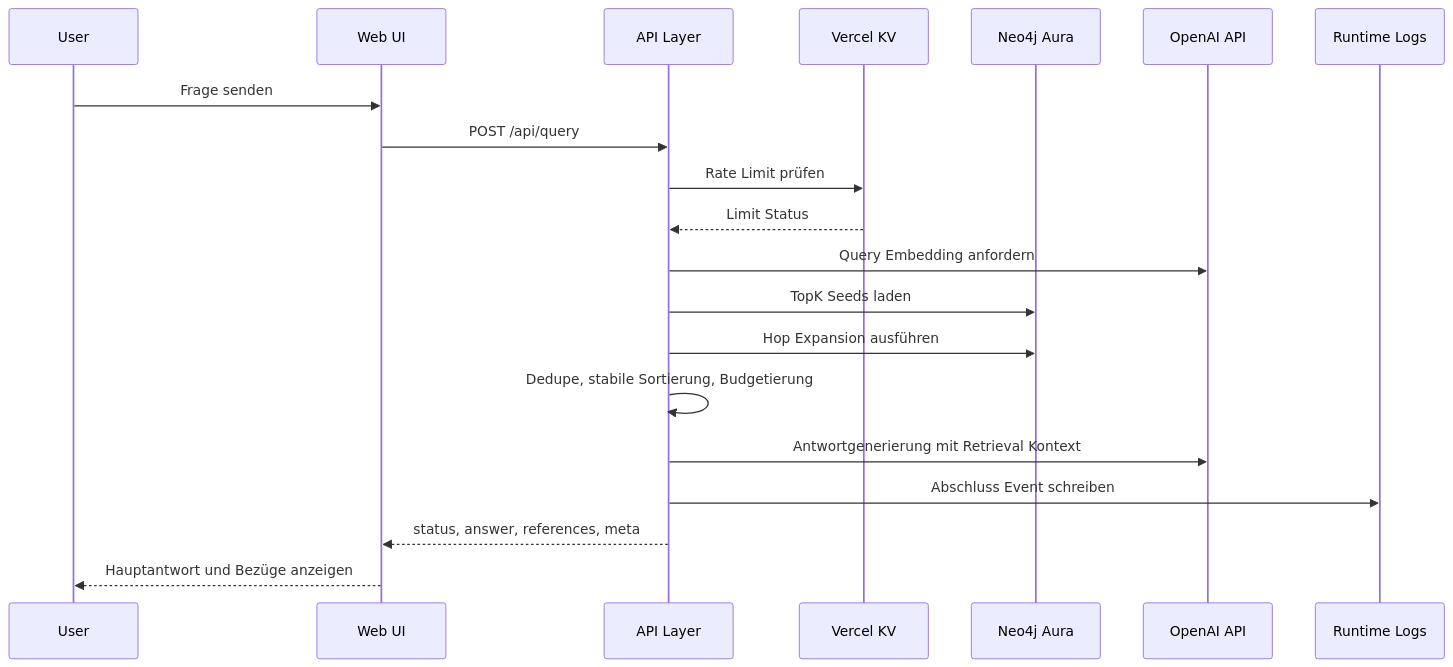
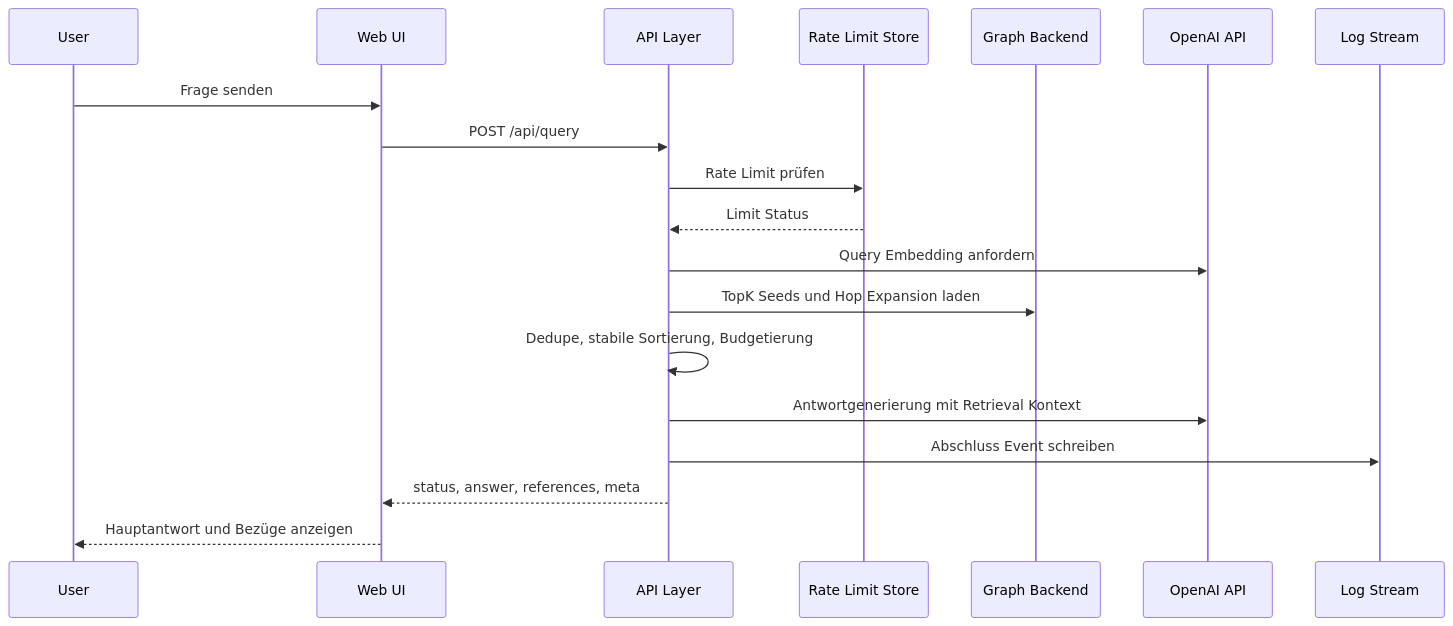
Before and after one commit to mimeonline/system-graph-rag-lab: the third of 3 diagrams in docs/architecture/arc42.md, drawn with Mermaid. The commit also changed other lines of this file and 11 other files, not shown here.

Commit message:
chore: align architecture and ux docs for local dev and typescript

````diff
--- a/docs/architecture/arc42.md
+++ b/docs/architecture/arc42.md
@@ -92,23 +120,22 @@
 ```mermaid
 sequenceDiagram
   participant U as User
   participant W as Web UI
   participant A as API Layer
-  participant K as Vercel KV
-  participant N as Neo4j Aura
+  participant R as Rate Limit Store
+  participant N as Graph Backend
   participant O as OpenAI API
-  participant L as Runtime Logs
+  participant L as Log Stream
 
   U->>W: Frage senden
   W->>A: POST /api/query
-  A->>K: Rate Limit prüfen
-  K-->>A: Limit Status
+  A->>R: Rate Limit prüfen
+  R-->>A: Limit Status
   A->>O: Query Embedding anfordern
-  A->>N: TopK Seeds laden
-  A->>N: Hop Expansion ausführen
+  A->>N: TopK Seeds und Hop Expansion laden
   A->>A: Dedupe, stabile Sortierung, Budgetierung
   A->>O: Antwortgenerierung mit Retrieval Kontext
   A->>L: Abschluss Event schreiben
   A-->>W: status, answer, references, meta
   W-->>U: Hauptantwort und Bezüge anzeigen
 ```
````
